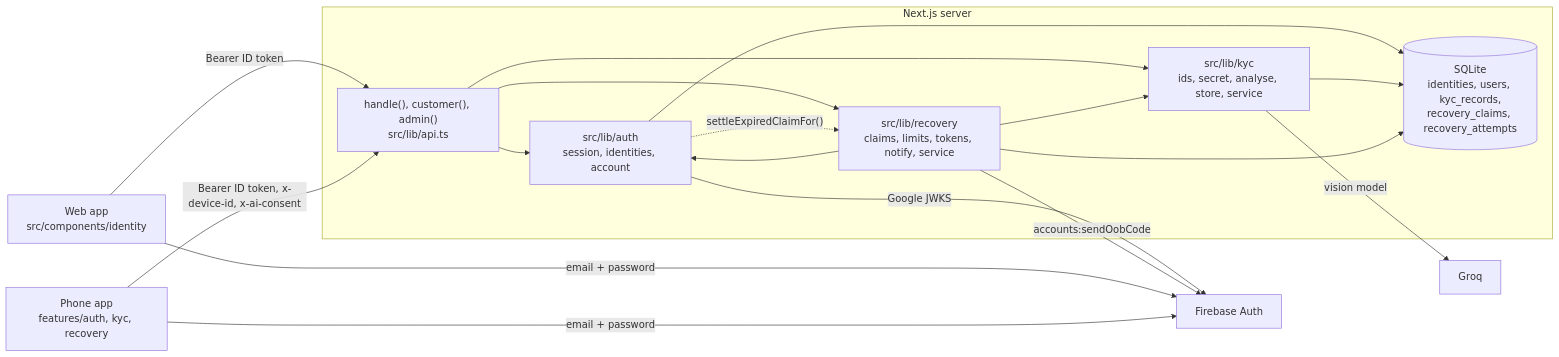
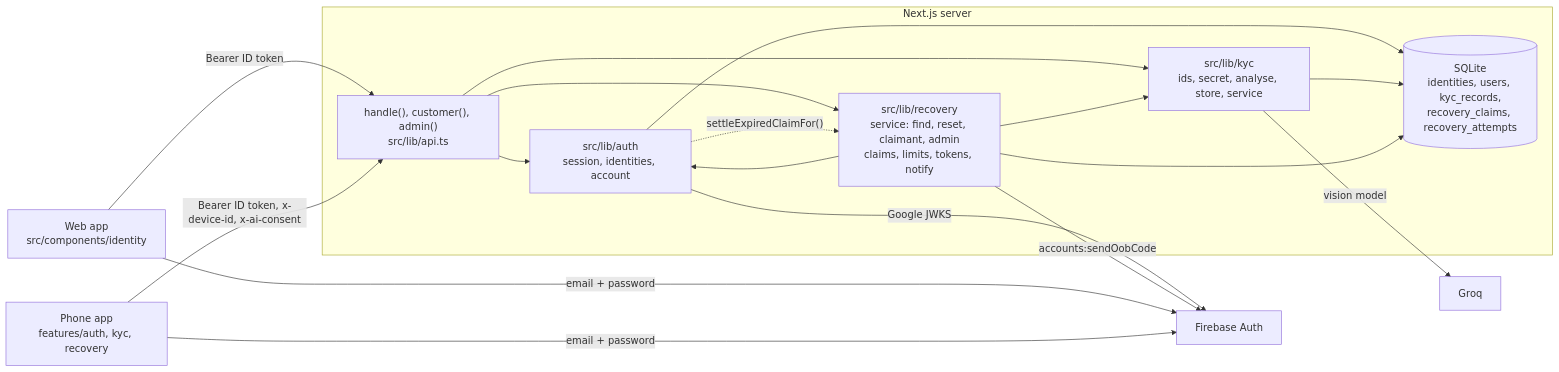
One commit to katabathunilohith/VaultWise changed the first of 5 diagrams in docs/features/identity.md. Above: the diagram before and after it, drawn with Mermaid. The commit also changed other lines of this file and 48 other files, not shown here.

````diff
--- a/docs/features/identity.md
+++ b/docs/features/identity.md
@@ -35,26 +35,26 @@
 ```mermaid
 flowchart LR
   Web["Web app<br/>src/components/identity"] -- "email + password" --> FB["Firebase Auth"]
   Phone["Phone app<br/>features/auth, kyc, recovery"] -- "email + password" --> FB
   Web -- "Bearer ID token" --> API
   Phone -- "Bearer ID token, x-device-id, x-ai-consent" --> API
   subgraph Server["Next.js server"]
     API["handle(), customer(), admin()<br/>src/lib/api.ts"]
     Auth["src/lib/auth<br/>session, identities, account"]
     Kyc["src/lib/kyc<br/>ids, secret, analyse, store, service"]
-    Rec["src/lib/recovery<br/>claims, limits, tokens, notify, service"]
+    Rec["src/lib/recovery<br/>service: find, reset, claimant, admin<br/>claims, limits, tokens, notify"]
     DB[("SQLite<br/>identities, users, kyc_records,<br/>recovery_claims, recovery_attempts")]
   end
   API --> Auth
   API --> Kyc
   API --> Rec
   Auth -- "Google JWKS" --> FB
   Auth -.->|"settleExpiredClaimFor()"| Rec
   Rec --> Kyc
   Rec --> Auth
   Rec -- "accounts:sendOobCode" --> FB
   Kyc -- "vision model" --> Groq["Groq"]
   Auth --> DB
   Kyc --> DB
   Rec --> DB
 ```
````
